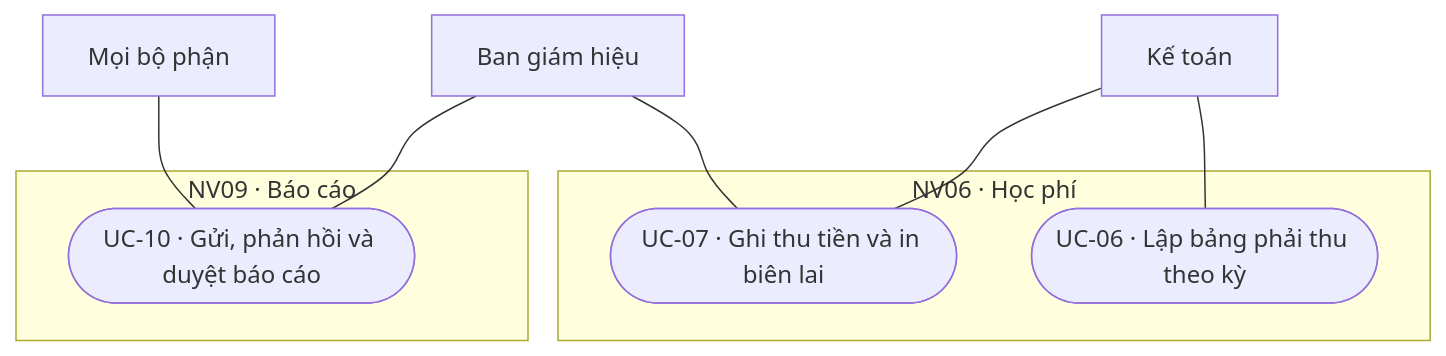
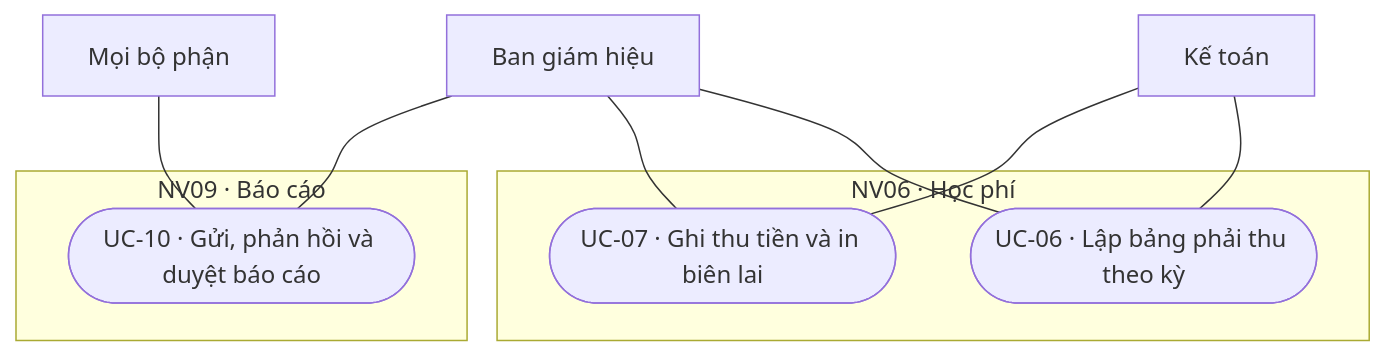
The fourth of 4 diagrams in docs/analysis/diagrams/use-case-toan-he-thong.md (CAMEL1204/Kindergarten-Management-System), drawn with Mermaid before and after one commit. The commit also changed other lines of this file, not shown here.

Commit message:
docs(analysis): add Ban giam hieu to UC-04 and UC-06 in use case diagram

````diff
--- a/docs/analysis/diagrams/use-case-toan-he-thong.md
+++ b/docs/analysis/diagrams/use-case-toan-he-thong.md
@@ -112,18 +113,19 @@
 ```mermaid
 flowchart TD
     subgraph N06["NV06 · Học phí"]
         U06(["UC-06 · Lập bảng phải thu theo kỳ"])
         U07(["UC-07 · Ghi thu tiền và in biên lai"])
     end
     subgraph N09["NV09 · Báo cáo"]
         U10(["UC-10 · Gửi, phản hồi và duyệt báo cáo"])
     end
     A1["Kế toán"]
     A2["Mọi bộ phận"]
     A3["Ban giám hiệu"]
     A1 --- U06
+    A3 --- U06
     A1 --- U07
     A3 --- U07
     A2 --- U10
     A3 --- U10
 ```
````
